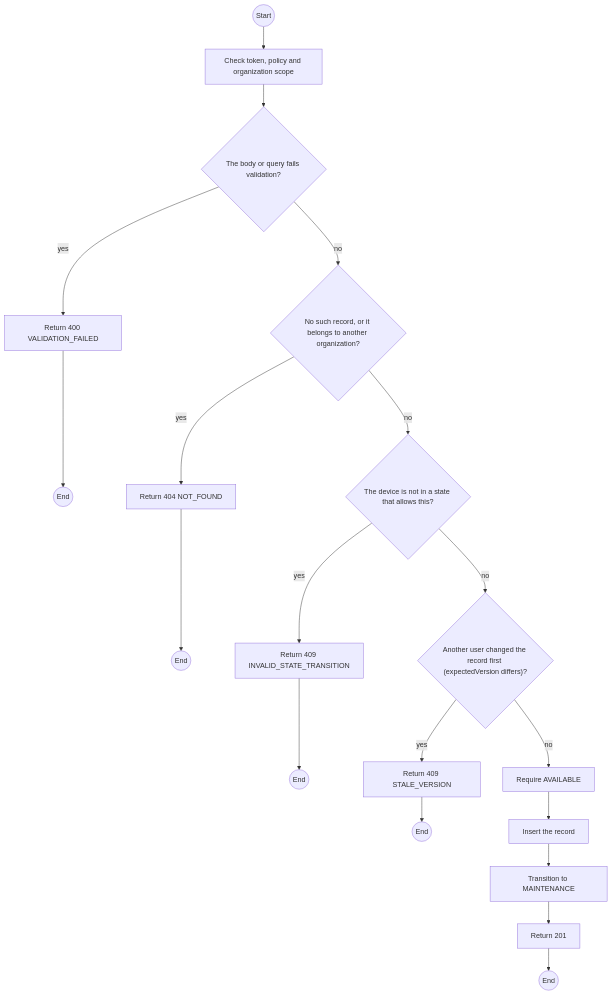
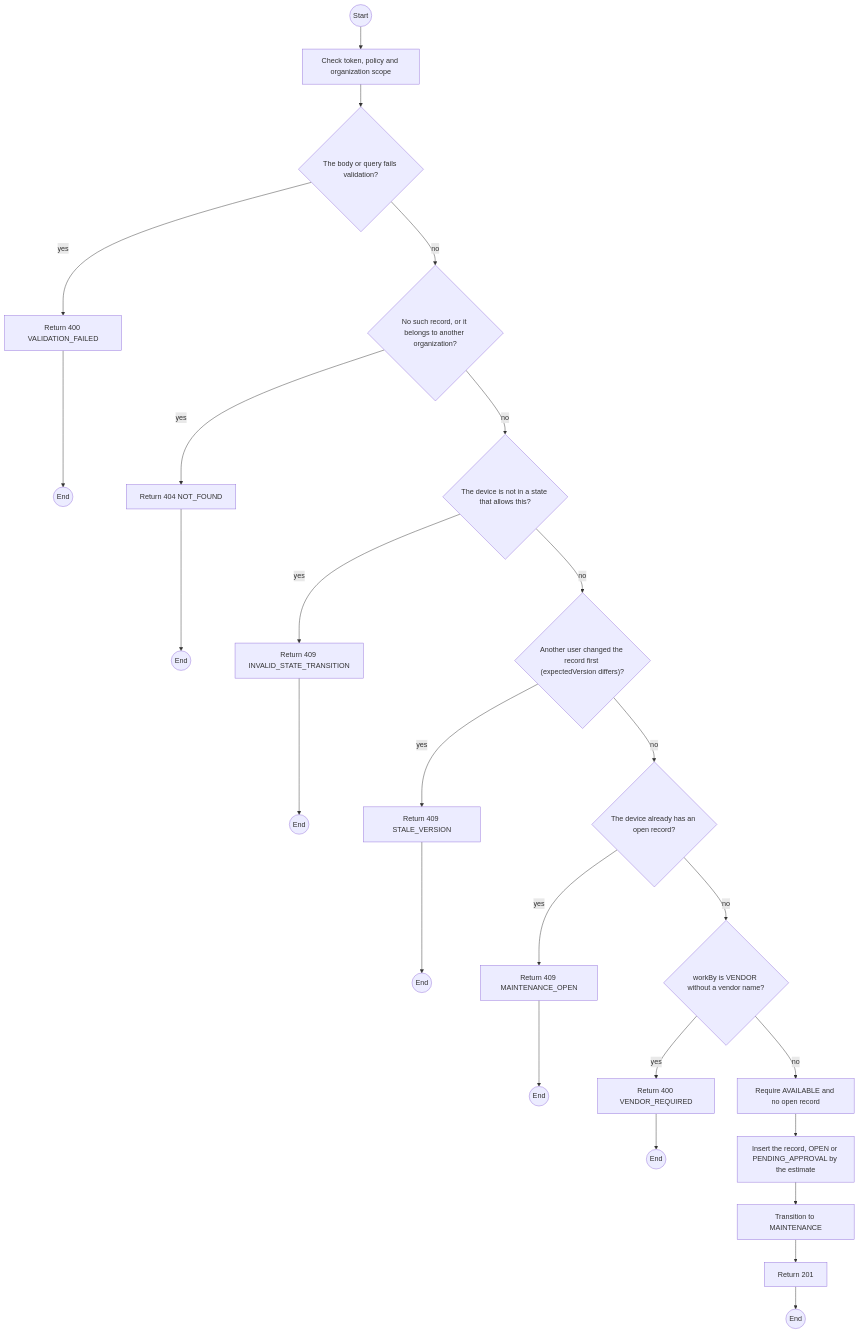
Before and after one commit to TrekLink-Team/treklink-web: the first of 2 diagrams in specs/devices/api-design/11-post-devices-id-maintenance.md, drawn with Mermaid. The commit also changed other lines of this file and 39 other files, not shown here.

First line of the commit message:
docs: design periodic maintenance (D-047) and apply the SDD sequence conventions

````diff
--- a/specs/devices/api-design/11-post-devices-id-maintenance.md
+++ b/specs/devices/api-design/11-post-devices-id-maintenance.md
@@ -197,35 +255,45 @@
 ```mermaid
 flowchart TB
     S((Start))
     A0["Check token, policy and organization scope"]
     S --> A0
     D1{"The body or query fails validation?"}
     A0 --> D1
     E1["Return 400 VALIDATION_FAILED"]
     D1 -->|yes| E1
     E1 --> X1((End))
     D2{"No such record, or it belongs to another organization?"}
     D1 -->|no| D2
     E2["Return 404 NOT_FOUND"]
     D2 -->|yes| E2
     E2 --> X2((End))
     D3{"The device is not in a state that allows this?"}
     D2 -->|no| D3
     E3["Return 409 INVALID_STATE_TRANSITION"]
     D3 -->|yes| E3
     E3 --> X3((End))
     D4{"Another user changed the record first (expectedVersion differs)?"}
     D3 -->|no| D4
     E4["Return 409 STALE_VERSION"]
     D4 -->|yes| E4
     E4 --> X4((End))
-    P0["Require AVAILABLE"]
-    D4 -->|no| P0
-    P1["Insert the record"]
+    D5{"The device already has an open record?"}
+    D4 -->|no| D5
+    E5["Return 409 MAINTENANCE_OPEN"]
+    D5 -->|yes| E5
+    E5 --> X5((End))
+    D6{"workBy is VENDOR without a vendor name?"}
+    D5 -->|no| D6
+    E6["Return 400 VENDOR_REQUIRED"]
+    D6 -->|yes| E6
+    E6 --> X6((End))
+    P0["Require AVAILABLE and no open record"]
+    D6 -->|no| P0
+    P1["Insert the record, OPEN or PENDING_APPROVAL by the estimate"]
     P0 --> P1
     P2["Transition to MAINTENANCE"]
     P1 --> P2
     OK["Return 201"]
     P2 --> OK
     OK --> Z((End))
 ```
````
